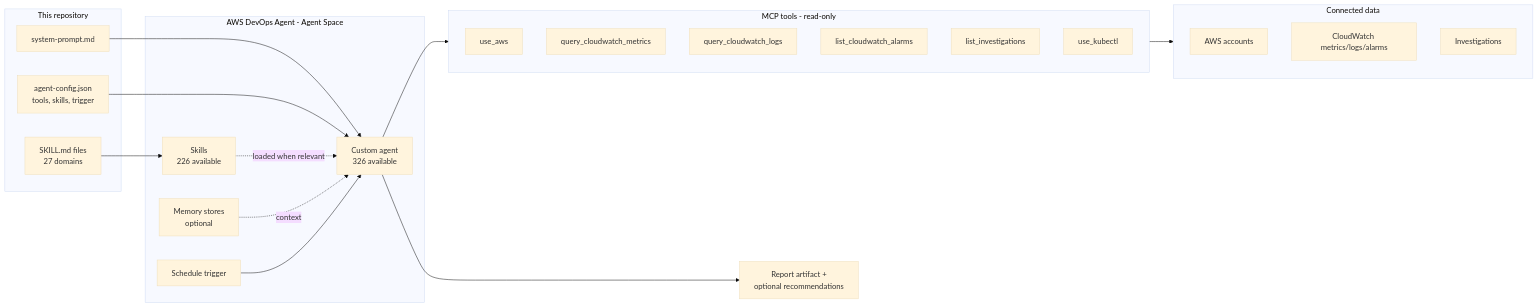
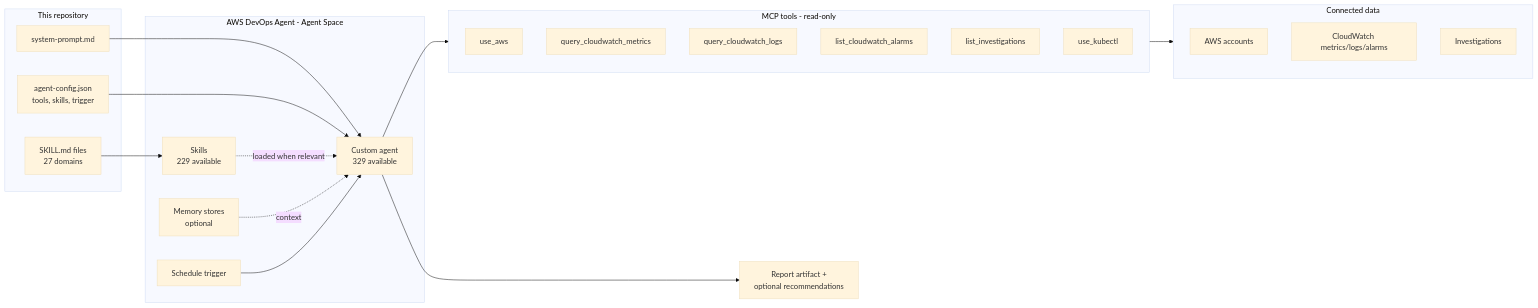
Before and after one commit to Misterb91123/aws-sample-ai-agents: the first of 4 diagrams in README.md, drawn with Mermaid (base theme). The commit also changed other lines of this file and 13 other files, not shown here.

````diff
--- a/README.md
+++ b/README.md
@@ -28,42 +28,42 @@
 ```mermaid
 flowchart LR
     subgraph Repo["This repository"]
         SP[system-prompt.md]
         CFG[agent-config.json<br/>tools, skills, trigger]
         SK[SKILL.md files<br/>27 domains]
     end
 
     subgraph Space["AWS DevOps Agent - Agent Space"]
-        AG[Custom agent<br/>326 available]
-        SKA[Skills<br/>226 available]
+        AG[Custom agent<br/>329 available]
+        SKA[Skills<br/>229 available]
         MEM[Memory stores<br/>optional]
         TRG[Schedule trigger]
     end
 
     subgraph Tools["MCP tools - read-only"]
         T1[use_aws]
         T2[query_cloudwatch_metrics]
         T3[query_cloudwatch_logs]
         T4[list_cloudwatch_alarms]
         T5[list_investigations]
         T6[use_kubectl]
     end
 
     subgraph Sources["Connected data"]
         AWS[AWS accounts]
         CW[CloudWatch metrics/logs/alarms]
         INV[Investigations]
     end
 
     OUT[Report artifact +<br/>optional recommendations]
 
     SP --> AG
     CFG --> AG
     SK --> SKA
     SKA -.loaded when relevant.-> AG
     MEM -.context.-> AG
     TRG --> AG
     AG --> Tools
     Tools --> Sources
     AG --> OUT
 ```
````
